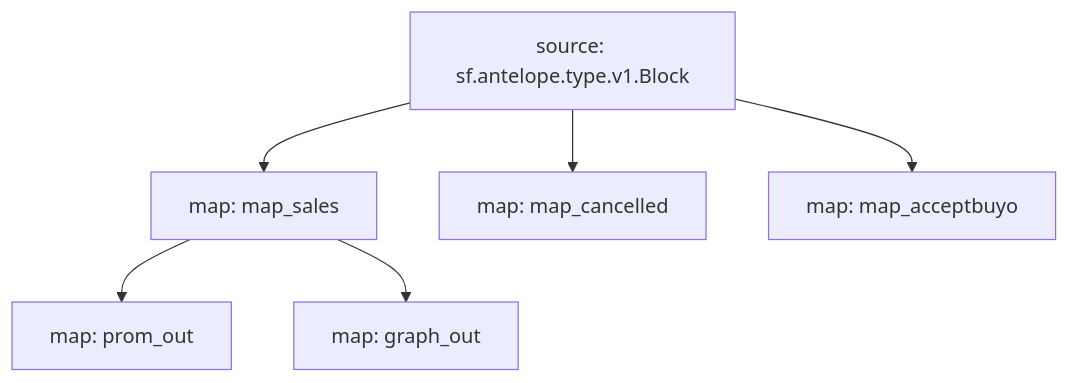
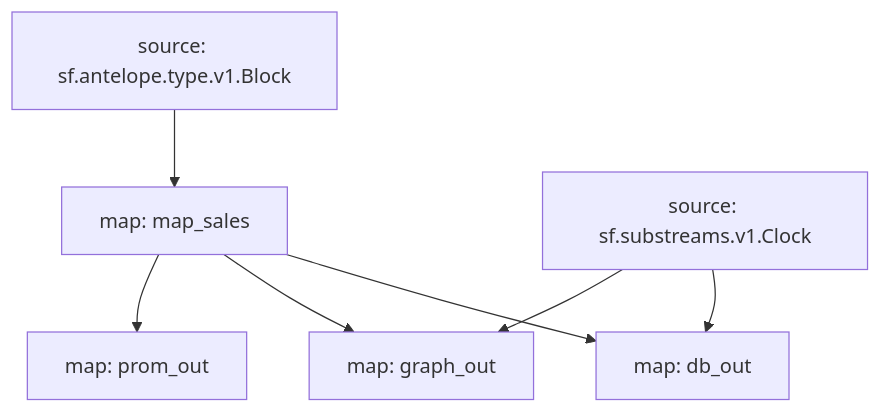
Before and after one commit to pinax-network/substreams-atomicmarket: the diagram in README.md, drawn with Mermaid. The commit also changed other lines of this file, not shown here.

````diff
--- a/README.md
+++ b/README.md
@@ -16,13 +16,14 @@
 ```mermaid
 graph TD;
   map_sales[map: map_sales];
   sf.antelope.type.v1.Block[source: sf.antelope.type.v1.Block] --> map_sales;
-  map_cancelled[map: map_cancelled];
-  sf.antelope.type.v1.Block[source: sf.antelope.type.v1.Block] --> map_cancelled;
-  map_acceptbuyo[map: map_acceptbuyo];
-  sf.antelope.type.v1.Block[source: sf.antelope.type.v1.Block] --> map_acceptbuyo;
   prom_out[map: prom_out];
   map_sales --> prom_out;
   graph_out[map: graph_out];
+  sf.substreams.v1.Clock[source: sf.substreams.v1.Clock] --> graph_out;
   map_sales --> graph_out;
+  db_out[map: db_out];
+  sf.substreams.v1.Clock[source: sf.substreams.v1.Clock] --> db_out;
+  map_sales --> db_out;
+
 ```
````
